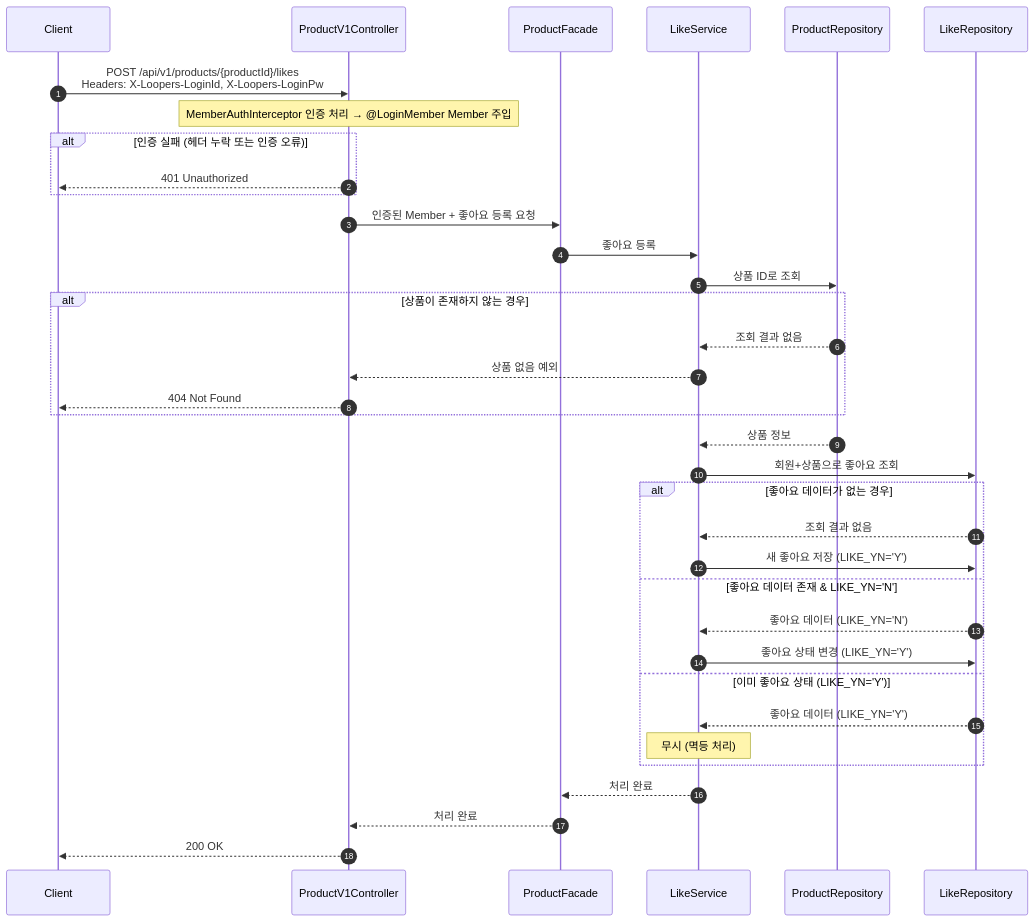
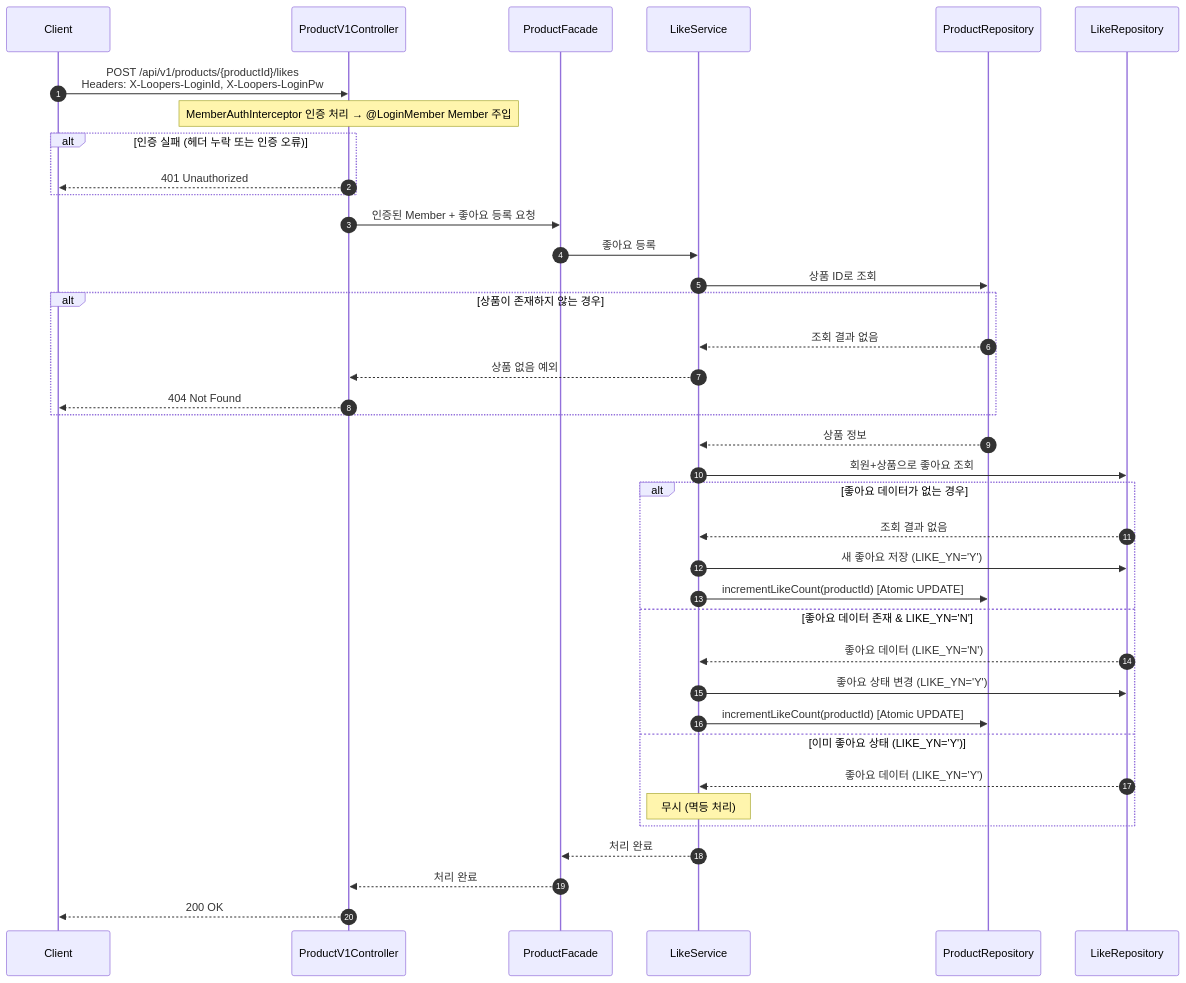
One commit to jsj1215/loop-pack-be-l2-vol3-java changed the fourth of 29 diagrams in docs/design/02-sequence-diagrams.md. Above: the diagram before and after it, drawn with Mermaid. The commit also changed other lines of this file and 3 other files, not shown here.

````diff
--- a/docs/design/02-sequence-diagrams.md
+++ b/docs/design/02-sequence-diagrams.md
@@ -125,46 +125,48 @@
 ```mermaid
 sequenceDiagram
     autonumber
     participant Client
     participant Controller as ProductV1Controller
     participant Facade as ProductFacade
     participant LikeService as LikeService
     participant ProductRepository as ProductRepository
     participant LikeRepository as LikeRepository
 
     Client->>Controller: POST /api/v1/products/{productId}/likes<br/>Headers: X-Loopers-LoginId, X-Loopers-LoginPw
 
     Note over Controller: MemberAuthInterceptor 인증 처리 → @LoginMember Member 주입
     alt 인증 실패 (헤더 누락 또는 인증 오류)
         Controller-->>Client: 401 Unauthorized
     end
 
     Controller->>Facade: 인증된 Member + 좋아요 등록 요청
     Facade->>LikeService: 좋아요 등록
     LikeService->>ProductRepository: 상품 ID로 조회
 
     alt 상품이 존재하지 않는 경우
         ProductRepository-->>LikeService: 조회 결과 없음
         LikeService-->>Controller: 상품 없음 예외
         Controller-->>Client: 404 Not Found
     end
 
     ProductRepository-->>LikeService: 상품 정보
 
     LikeService->>LikeRepository: 회원+상품으로 좋아요 조회
 
     alt 좋아요 데이터가 없는 경우
         LikeRepository-->>LikeService: 조회 결과 없음
         LikeService->>LikeRepository: 새 좋아요 저장 (LIKE_YN='Y')
+        LikeService->>ProductRepository: incrementLikeCount(productId) [Atomic UPDATE]
     else 좋아요 데이터 존재 & LIKE_YN='N'
         LikeRepository-->>LikeService: 좋아요 데이터 (LIKE_YN='N')
         LikeService->>LikeRepository: 좋아요 상태 변경 (LIKE_YN='Y')
+        LikeService->>ProductRepository: incrementLikeCount(productId) [Atomic UPDATE]
     else 이미 좋아요 상태 (LIKE_YN='Y')
         LikeRepository-->>LikeService: 좋아요 데이터 (LIKE_YN='Y')
         Note over LikeService: 무시 (멱등 처리)
     end
 
     LikeService-->>Facade: 처리 완료
     Facade-->>Controller: 처리 완료
     Controller-->>Client: 200 OK
 ```
````
